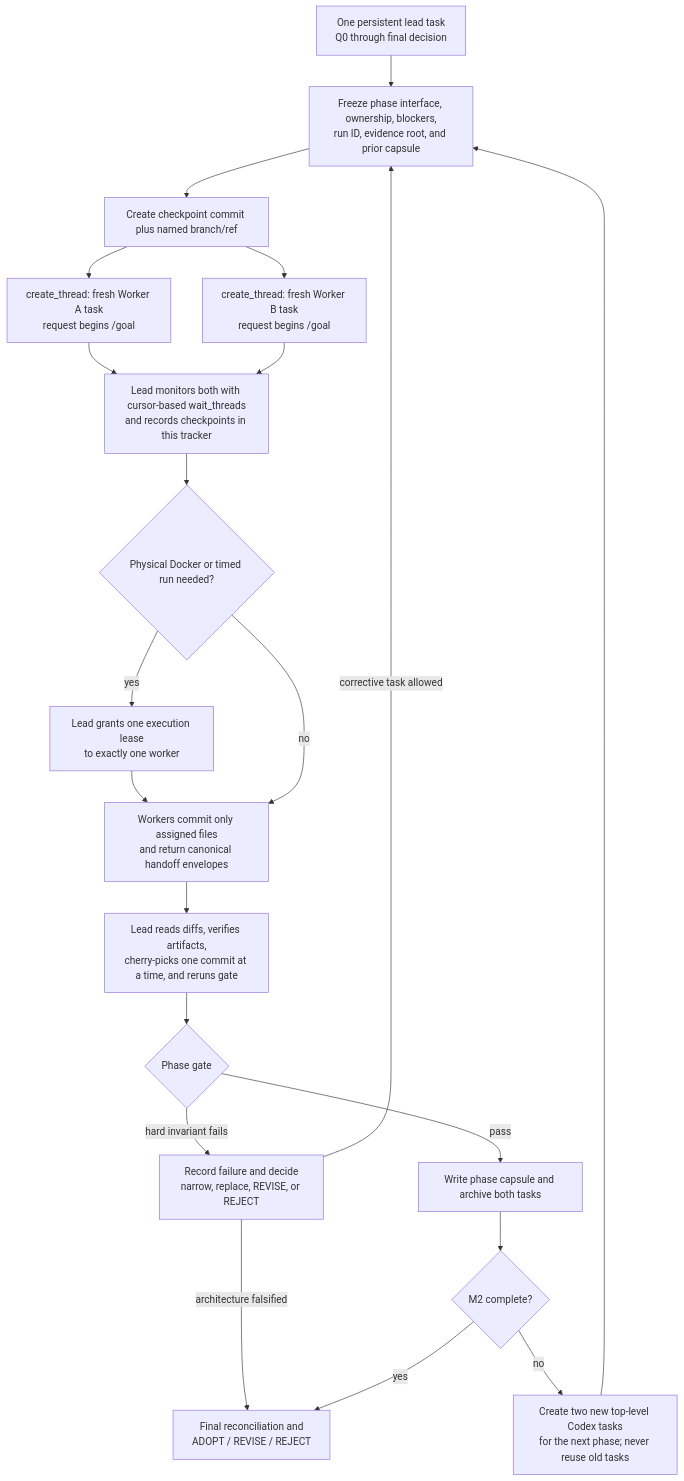
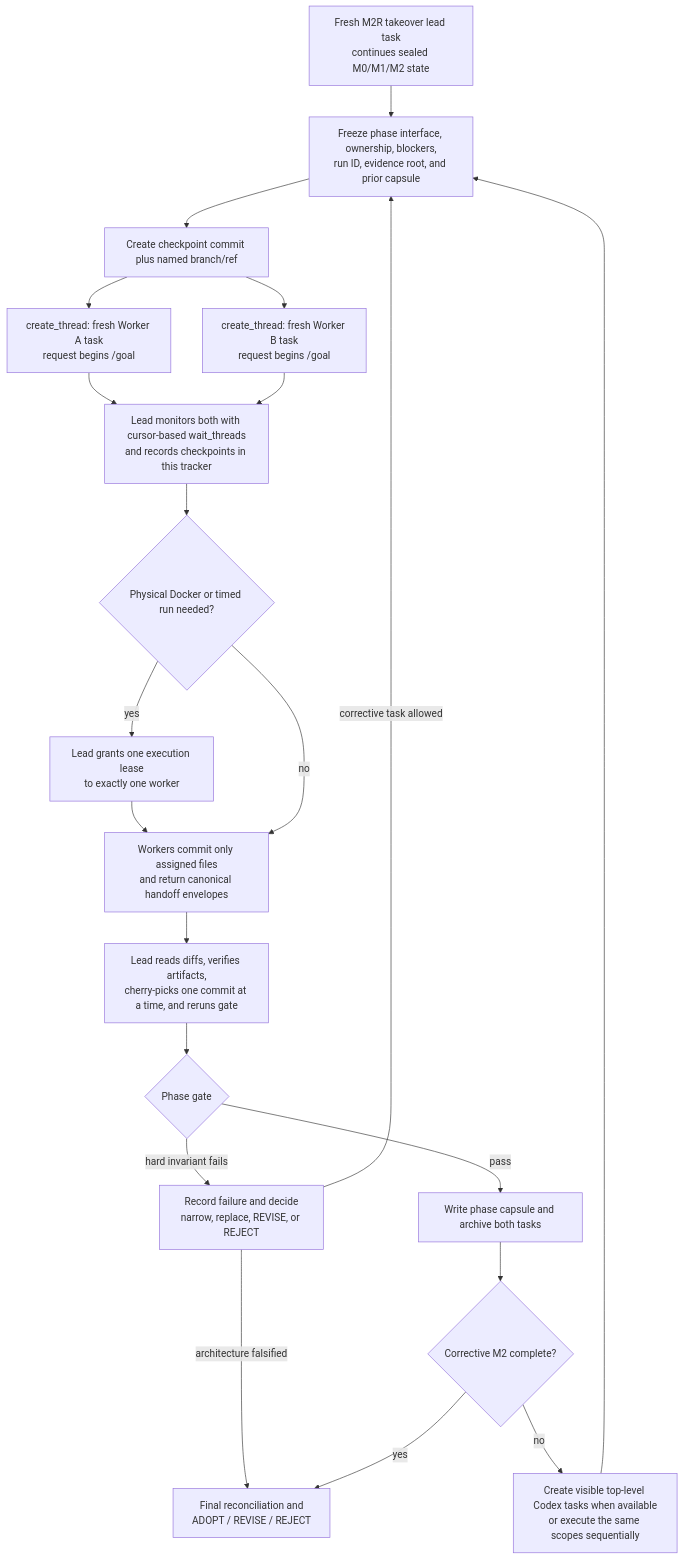
Before and after one commit to Ephemeral-AI-Lab/ephemeral-sandbox-docs: the diagram in implementation-plan/2.0 migration/phase 1/implementation/stage_04_6_ultra_optimization/poc/progress_tracker.md, drawn with Mermaid. The commit also changed other lines of this file and 197 other files, not shown here.

````diff
--- a/implementation-plan/2.0 migration/phase 1/implementation/stage_04_6_ultra_optimization/poc/progress_tracker.md
+++ b/implementation-plan/2.0 migration/phase 1/implementation/stage_04_6_ultra_optimization/poc/progress_tracker.md
@@ -151,40 +157,40 @@
 ```mermaid
 flowchart TD
-    L["One persistent lead task<br/>Q0 through final decision"]
+    L["Fresh M2R takeover lead task<br/>continues sealed M0/M1/M2 state"]
     F["Freeze phase interface, ownership, blockers,<br/>run ID, evidence root, and prior capsule"]
     C["Create checkpoint commit plus named branch/ref"]
     A["create_thread: fresh Worker A task<br/>request begins /goal"]
     B["create_thread: fresh Worker B task<br/>request begins /goal"]
     M["Lead monitors both with cursor-based wait_threads<br/>and records checkpoints in this tracker"]
     X{"Physical Docker or timed run needed?"}
     P["Lead grants one execution lease<br/>to exactly one worker"]
     W["Workers commit only assigned files<br/>and return canonical handoff envelopes"]
     R["Lead reads diffs, verifies artifacts,<br/>cherry-picks one commit at a time, and reruns gate"]
     G{"Phase gate"}
     H["Record failure and decide<br/>narrow, replace, REVISE, or REJECT"]
     N["Write phase capsule and archive both tasks"]
-    T{"M2 complete?"}
-    Q["Create two new top-level Codex tasks<br/>for the next phase; never reuse old tasks"]
+    T{"Corrective M2 complete?"}
+    Q["Create visible top-level Codex tasks when available<br/>or execute the same scopes sequentially"]
     D["Final reconciliation and<br/>ADOPT / REVISE / REJECT"]
 
     L --> F
     F --> C
     C --> A
     C --> B
     A --> M
     B --> M
     M --> X
     X -->|"yes"| P
     P --> W
     X -->|"no"| W
     W --> R
     R --> G
     G -->|"hard invariant fails"| H
     H -->|"corrective task allowed"| F
     H -->|"architecture falsified"| D
     G -->|"pass"| N
     N --> T
     T -->|"no"| Q
     Q --> F
     T -->|"yes"| D
 ```
````
